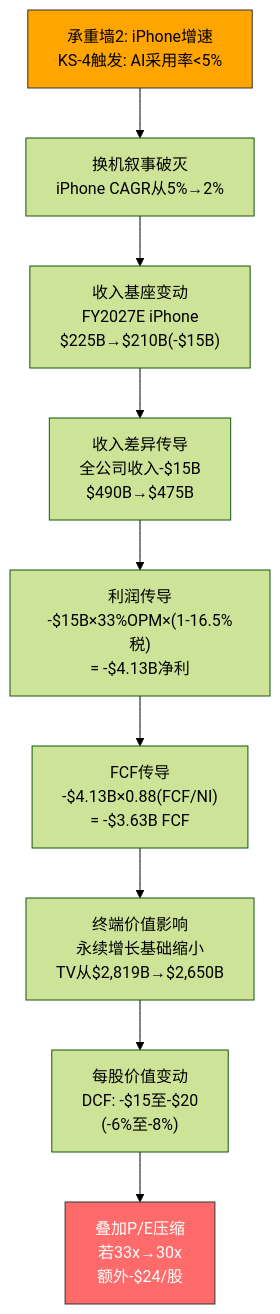
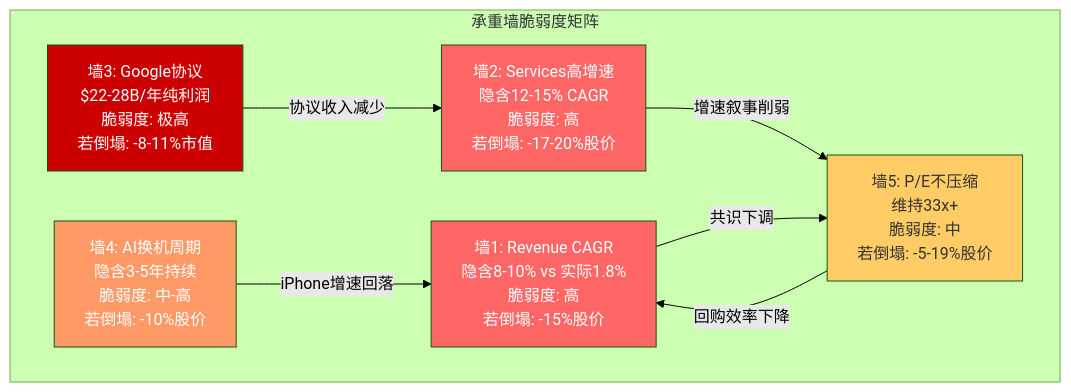
The second of 4 diagrams in reports/AAPL/staging/AAPL_P2_CrossValidation.md (miltonnewyork25-afk/investment-master), drawn with Mermaid (forest theme) before and after one commit. The commit also changed other lines of this file and 1 other file, not shown here.

````diff
--- a/reports/AAPL/staging/AAPL_P2_CrossValidation.md
+++ b/reports/AAPL/staging/AAPL_P2_CrossValidation.md
@@ -252,14 +321,22 @@
 ```mermaid
 graph TD
-    A["承重墙2: iPhone增速<br/>KS-4触发: AI采用率<5%"] --> B["换机叙事破灭<br/>iPhone CAGR从5%→2%"]
-    B --> C["收入基座变动<br/>FY2027E iPhone<br/>$225B→$210B(-$15B)"]
-    C --> D["收入差异传导<br/>全公司收入-$15B<br/>$490B→$475B"]
-    D --> E["利润传导<br/>-$15B×33%OPM×(1-16.5%税)<br/>= -$4.13B净利"]
-    E --> F["FCF传导<br/>-$4.13B×0.88(FCF/NI)<br/>= -$3.63B FCF"]
-    F --> G["终端价值影响<br/>永续增长基础缩小<br/>TV从$2,819B→$2,650B"]
-    G --> H["每股价值变动<br/>DCF: -$15至-$20<br/>(-6%至-8%)"]
-    H --> I["叠加P/E压缩<br/>若33x→30x<br/>额外-$24/股"]
+    subgraph "承重墙脆弱度矩阵"
+        W1["墙1: Revenue CAGR<br/>隐含8-10% vs 实际1.8%<br/>脆弱度: 高<br/>若倒塌: -15%股价"]
+        W2["墙2: Services高增速<br/>隐含12-15% CAGR<br/>脆弱度: 高<br/>若倒塌: -17-20%股价"]
+        W3["墙3: Google协议<br/>$22-28B/年纯利润<br/>脆弱度: 极高<br/>若倒塌: -8-11%市值"]
+        W4["墙4: AI换机周期<br/>隐含3-5年持续<br/>脆弱度: 中-高<br/>若倒塌: -10%股价"]
+        W5["墙5: P/E不压缩<br/>维持33x+<br/>脆弱度: 中<br/>若倒塌: -5-19%股价"]
+    end
 
-    style A fill:#ffa500,stroke:#333
-    style I fill:#ff6b6b,stroke:#333,color:#fff
+    W3 -->|"协议收入减少"| W2
+    W2 -->|"增速叙事削弱"| W5
+    W5 -->|"回购效率下降"| W1
+    W4 -->|"iPhone增速回落"| W1
+    W1 -->|"共识下调"| W5
+
+    style W1 fill:#ff6666,color:#fff
+    style W2 fill:#ff6666,color:#fff
+    style W3 fill:#cc0000,color:#fff
+    style W4 fill:#ff9966,color:#fff
+    style W5 fill:#ffcc66,color:#333
 ```
````
